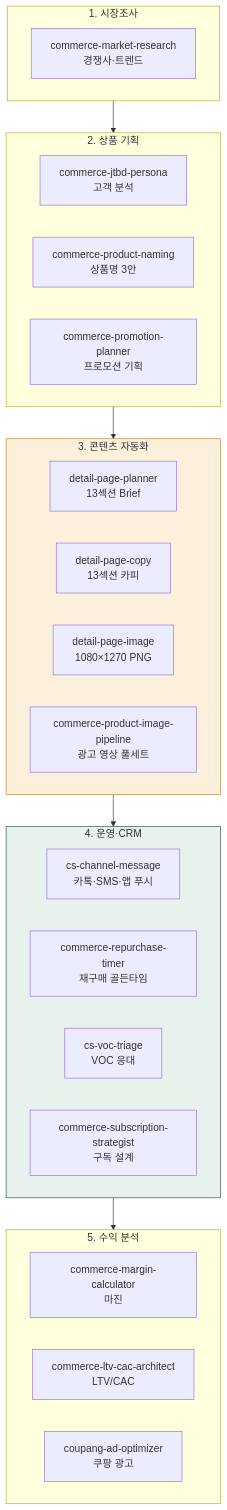
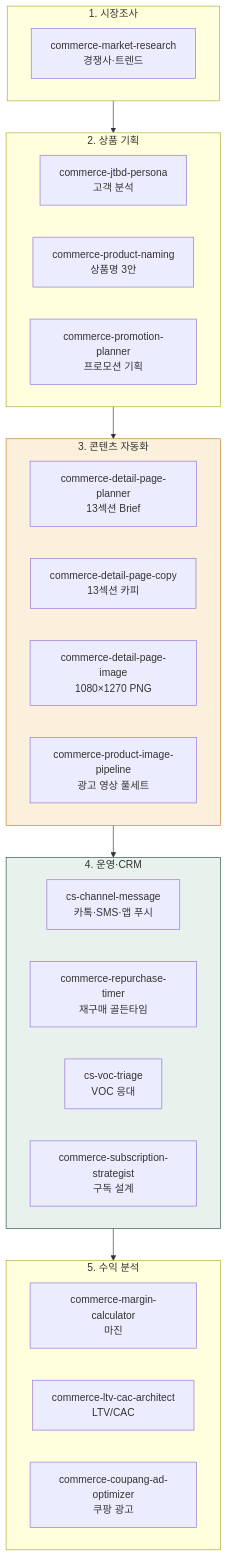
One commit to modu-ai/cowork-plugins changed the first of 2 diagrams in www/content/cookbook/tracks/track-commerce.md. Above: the diagram before and after it, drawn with Mermaid. The commit also changed other lines of this file and 45 other files, not shown here.

First line of the commit message:
docs(www): 스킬명 정합 + 깨진 링크 수정 + mermaid 보강

````diff
--- a/www/content/cookbook/tracks/track-commerce.md
+++ b/www/content/cookbook/tracks/track-commerce.md
@@ -16,31 +16,31 @@
 ```mermaid
 flowchart TB
    subgraph 시작["1. 시장조사"]
        M1["commerce-market-research<br/>경쟁사·트렌드"]
    end
    subgraph 상품["2. 상품 기획"]
        P1["commerce-jtbd-persona<br/>고객 분석"]
        P2["commerce-product-naming<br/>상품명 3안"]
        P3["commerce-promotion-planner<br/>프로모션 기획"]
    end
    subgraph 콘텐츠["3. 콘텐츠 자동화"]
-       C1["detail-page-planner<br/>13섹션 Brief"]
-       C2["detail-page-copy<br/>13섹션 카피"]
-       C3["detail-page-image<br/>1080×1270 PNG"]
+       C1["commerce-detail-page-planner<br/>13섹션 Brief"]
+       C2["commerce-detail-page-copy<br/>13섹션 카피"]
+       C3["commerce-detail-page-image<br/>1080×1270 PNG"]
        C4["commerce-product-image-pipeline<br/>광고 영상 풀세트"]
    end
    subgraph 운영["4. 운영·CRM"]
        O1["cs-channel-message<br/>카톡·SMS·앱 푸시"]
        O2["commerce-repurchase-timer<br/>재구매 골든타임"]
        O3["cs-voc-triage<br/>VOC 응대"]
        O4["commerce-subscription-strategist<br/>구독 설계"]
    end
    subgraph 분석["5. 수익 분석"]
        A1["commerce-margin-calculator<br/>마진"]
        A2["commerce-ltv-cac-architect<br/>LTV/CAC"]
-       A3["coupang-ad-optimizer<br/>쿠팡 광고"]
+       A3["commerce-coupang-ad-optimizer<br/>쿠팡 광고"]
    end
    시작 --> 상품 --> 콘텐츠 --> 운영 --> 분석
    style 콘텐츠 fill:#fbf0dc,stroke:#c47b2a
    style 운영 fill:#e8f1ec,stroke:#265240
 ```
````
